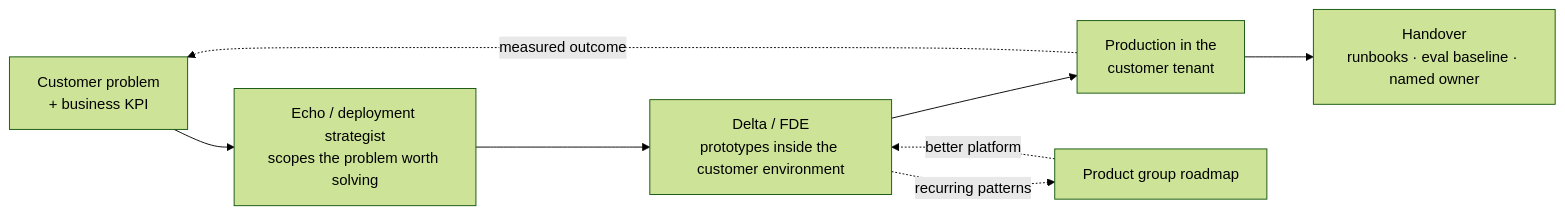
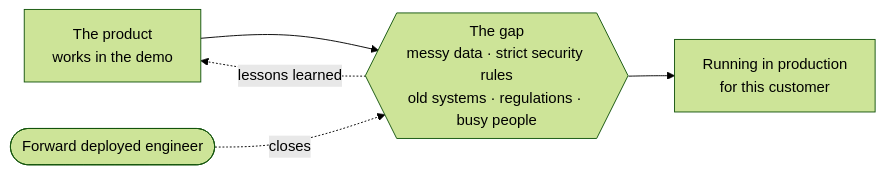
Before and after one commit to mjtpena/awesome-microsoft-fde: the first of 10 diagrams in README.md, drawn with Mermaid (forest theme). The commit also changed other lines of this file and 5 other files, not shown here.

````diff
--- a/README.md
+++ b/README.md
@@ -69,10 +49,7 @@
 ```mermaid
 flowchart LR
-    P["Customer problem<br/>+ business KPI"] --> E["Echo / deployment strategist<br/>scopes the problem worth solving"]
-    E --> D["Delta / FDE<br/>prototypes inside the customer environment"]
-    D --> PR["Production in the<br/>customer tenant"]
-    PR --> H["Handover<br/>runbooks · eval baseline · named owner"]
-    D -. "recurring patterns" .-> PG["Product group roadmap"]
-    PG -. "better platform" .-> D
-    PR -. "measured outcome" .-> P
+    P["The product<br/>works in the demo"] --> G{{"The gap<br/>messy data · strict security rules<br/>old systems · regulations · busy people"}}
+    G --> R["Running in production<br/>for this customer"]
+    F(["Forward deployed engineer"]) -. "closes" .-> G
+    G -. "lessons learned" .-> P
 ```
````
